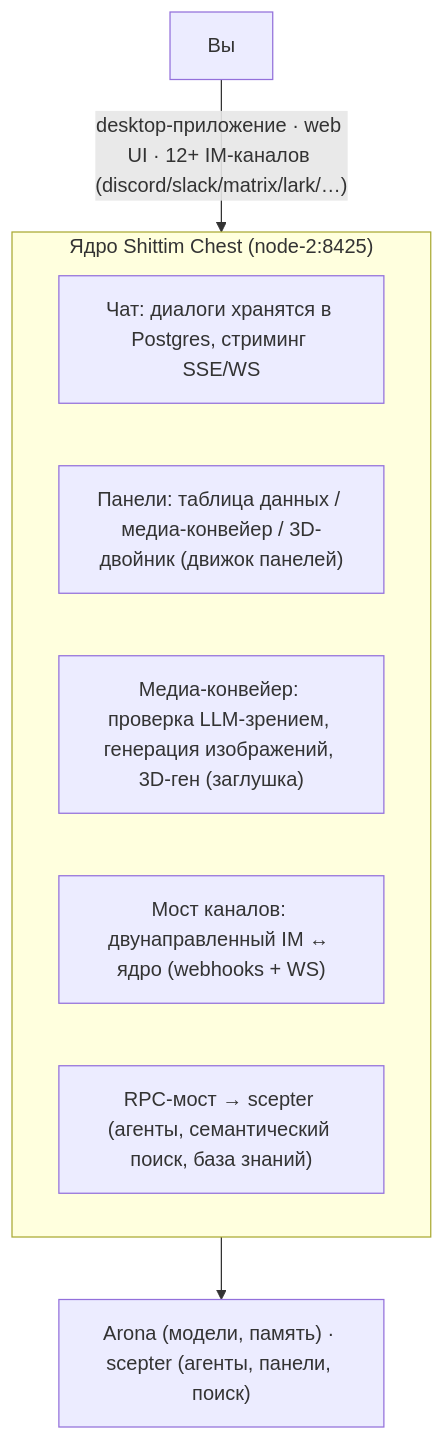
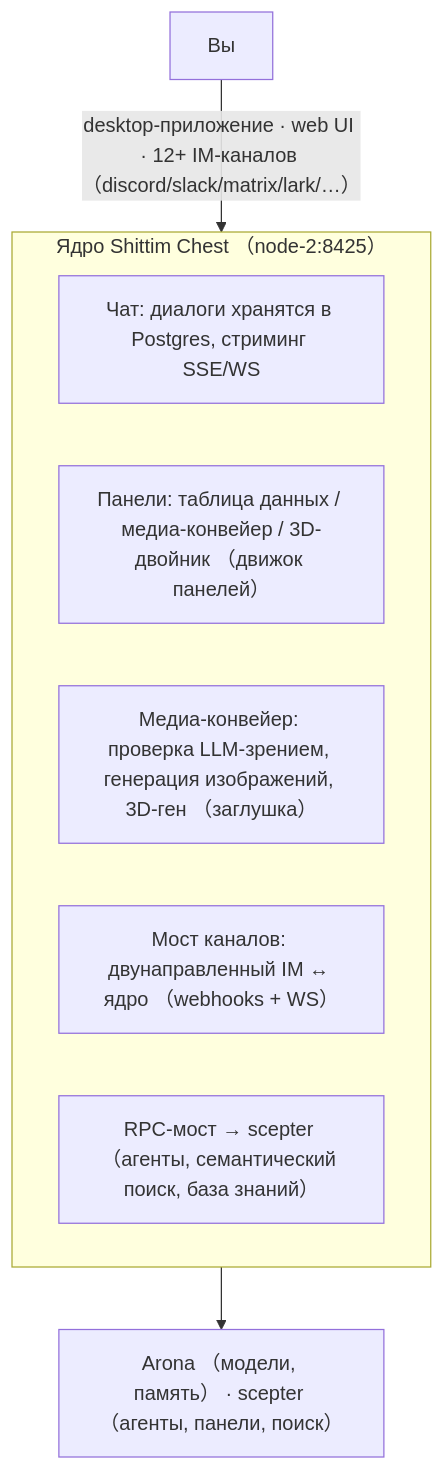
Before and after one commit to celestia-island/docs.celestia.world: the diagram in docs/ru/platforms/chest.md, drawn with Mermaid. The commit also changed 35 other files, not shown here.

First line of the commit message:
📝 Convert ASCII parentheses in mermaid fences to fullwidth across languages. (#96)

````diff
--- a/docs/ru/platforms/chest.md
+++ b/docs/ru/platforms/chest.md
@@ -11,13 +11,13 @@
 ```mermaid
 flowchart TD
     C["Вы"]
-    subgraph G["Ядро Shittim Chest (node-2:8425)"]
+    subgraph G["Ядро Shittim Chest （node-2:8425）"]
         N0["Чат: диалоги хранятся в Postgres, стриминг SSE/WS"]
-        N1["Панели: таблица данных / медиа-конвейер / 3D-двойник (движок панелей)"]
-        N2["Медиа-конвейер: проверка LLM-зрением, генерация изображений, 3D-ген (заглушка)"]
-        N3["Мост каналов: двунаправленный IM ↔ ядро (webhooks + WS)"]
-        N4["RPC-мост → scepter (агенты, семантический поиск, база знаний)"]
+        N1["Панели: таблица данных / медиа-конвейер / 3D-двойник （движок панелей）"]
+        N2["Медиа-конвейер: проверка LLM-зрением, генерация изображений, 3D-ген （заглушка）"]
+        N3["Мост каналов: двунаправленный IM ↔ ядро （webhooks + WS）"]
+        N4["RPC-мост → scepter （агенты, семантический поиск, база знаний）"]
     end
-    C -->|"desktop-приложение · web UI · 12+ IM-каналов (discord/slack/matrix/lark/…)"| G
-    G --> B["Arona (модели, память) · scepter (агенты, панели, поиск)"]
+    C -->|"desktop-приложение · web UI · 12+ IM-каналов （discord/slack/matrix/lark/…）"| G
+    G --> B["Arona （модели, память） · scepter （агенты, панели, поиск）"]
 ```
````
